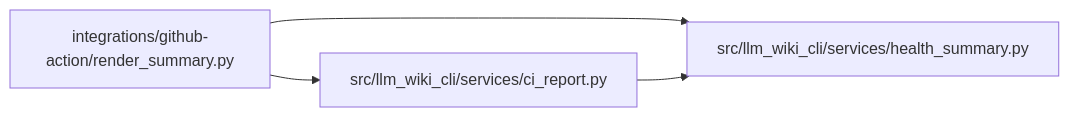
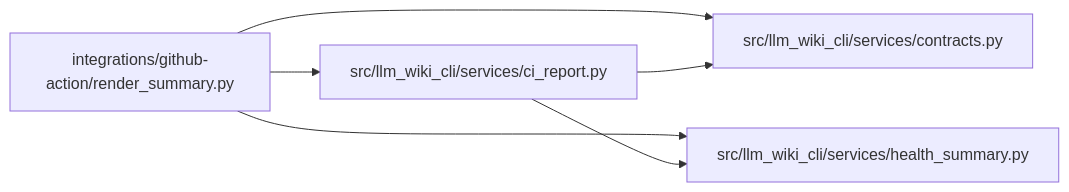
One commit to Denissvgn/python-wiki-llm changed the diagram in docs/llm_wiki/modules/render_summary.md. Above: the diagram before and after it, drawn with Mermaid. The commit also changed other lines of this file and 463 other files, not shown here.

Commit message:
docs(wiki): synchronize captured health report contracts

````diff
--- a/docs/llm_wiki/modules/render_summary.md
+++ b/docs/llm_wiki/modules/render_summary.md
@@ -31,12 +32,16 @@
 ```mermaid
 flowchart LR
     n0["integrations/github-action/render_summary.py"]
     n1["src/llm_wiki_cli/services/ci_report.py"]
-    n2["src/llm_wiki_cli/services/health_summary.py"]
+    n2["src/llm_wiki_cli/services/contracts.py"]
+    n3["src/llm_wiki_cli/services/health_summary.py"]
     n0 --> n1
     n0 --> n2
+    n0 --> n3
     n1 --> n2
+    n1 --> n3
     click n0 "../modules/render_summary.md"
     click n1 "../modules/ci_report.md"
-    click n2 "../modules/health_summary.md"
+    click n2 "../modules/services_contracts.md"
+    click n3 "../modules/health_summary.md"
 ```
````
